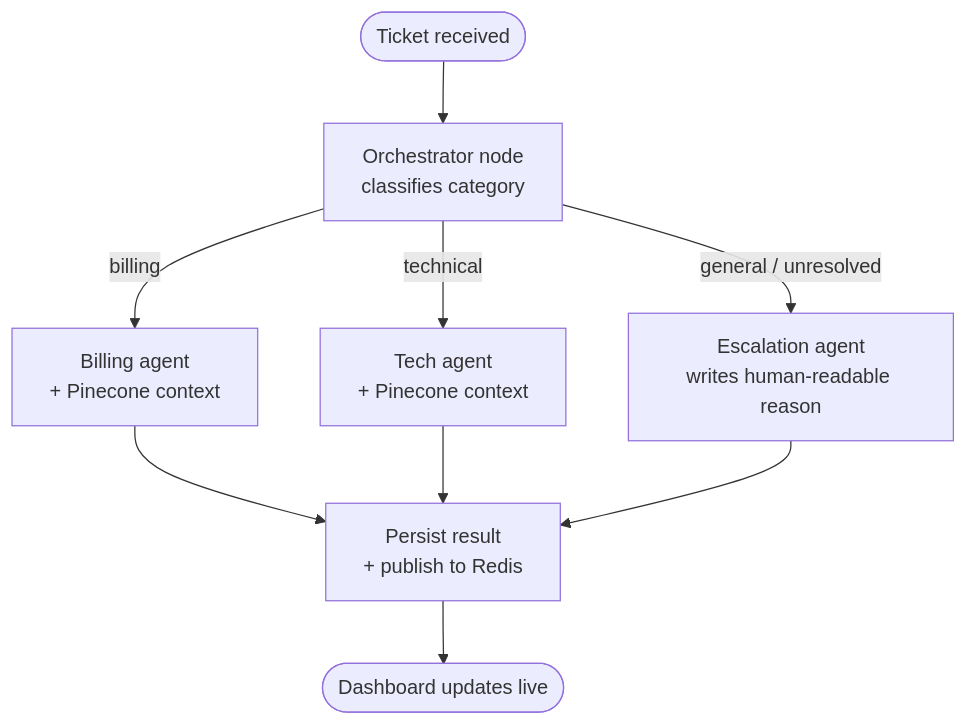
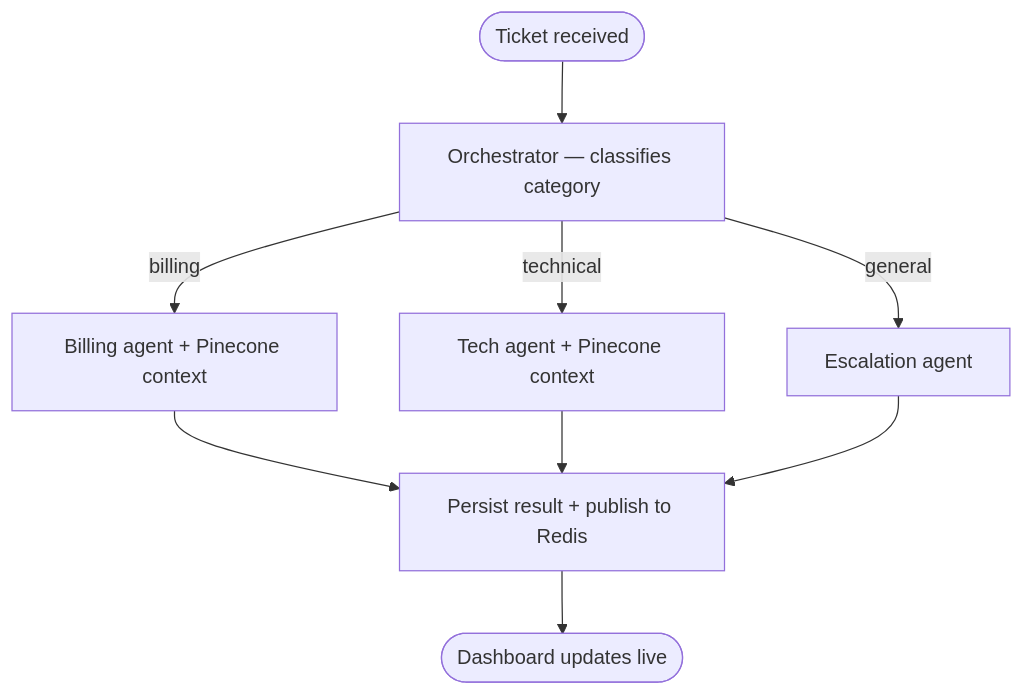
Before and after one commit to husnain214/ticket-system-api: the second of 2 diagrams in README.md, drawn with Mermaid. The commit also changed other lines of this file, not shown here.

````diff
--- a/README.md
+++ b/README.md
@@ -78,11 +55,9 @@
 ```mermaid
 flowchart TD
-    START([Ticket received]) --> orch["Orchestrator node<br/>classifies category"]
-    orch -->|billing| billingNode["Billing agent<br/>+ Pinecone context"]
-    orch -->|technical| techNode["Tech agent<br/>+ Pinecone context"]
-    orch -->|general / unresolved| escNode["Escalation agent<br/>writes human-readable reason"]
-    billingNode --> persist["Persist result<br/>+ publish to Redis"]
-    techNode --> persist
-    escNode --> persist
+    START([Ticket received]) --> orch["Orchestrator — classifies category"]
+    orch -->|billing| b["Billing agent + Pinecone context"]
+    orch -->|technical| t["Tech agent + Pinecone context"]
+    orch -->|general| e["Escalation agent"]
+    b & t & e --> persist["Persist result + publish to Redis"]
     persist --> END([Dashboard updates live])
 ```
````
